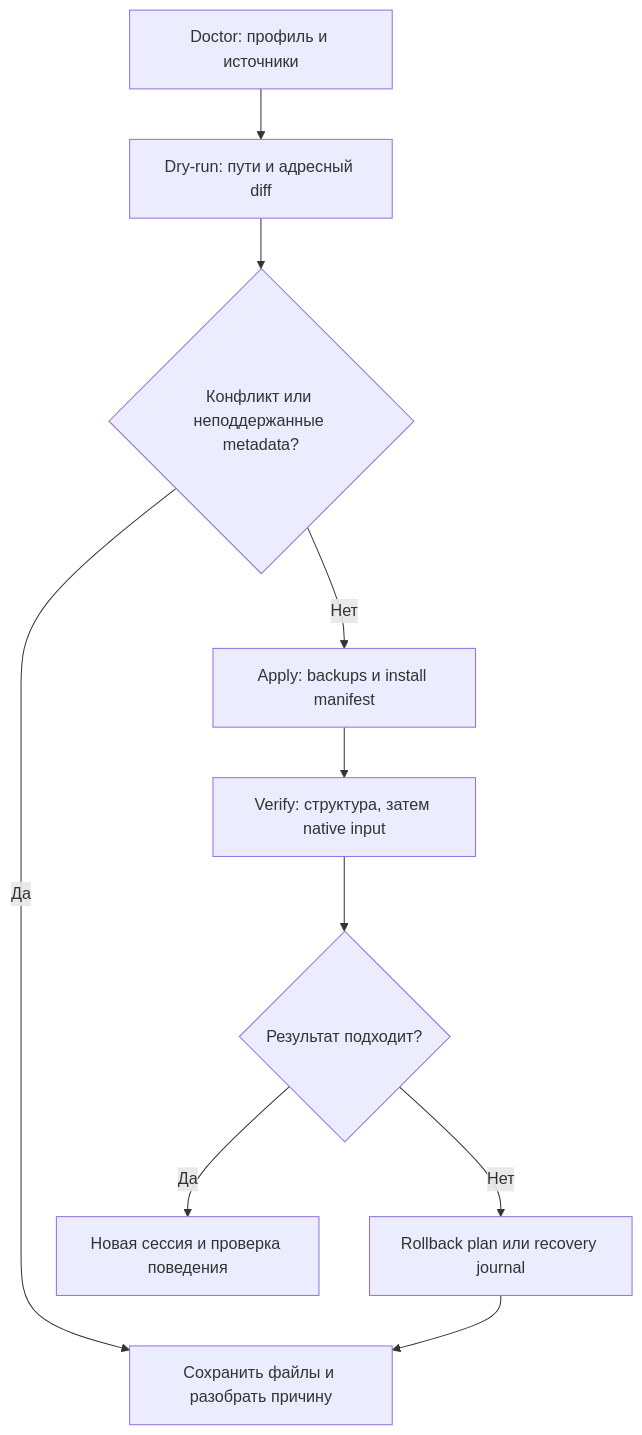
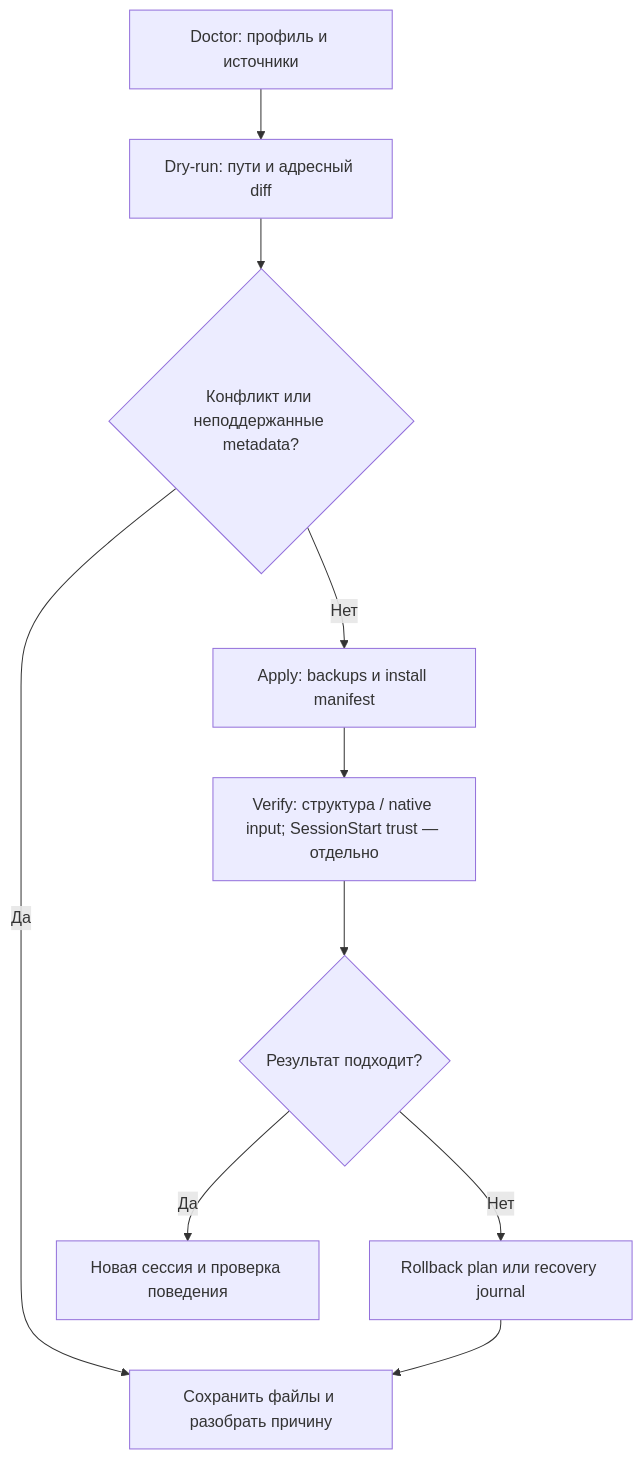
Before and after one commit to SUKUNA-AI/agent-harness: the diagram in SETUP_RU.md, drawn with Mermaid. The commit also changed other lines of this file and 62 other files, not shown here.

First line of the commit message:
docs: align all current guides and diagrams with Agent Harness 1.6.0

````diff
--- a/SETUP_RU.md
+++ b/SETUP_RU.md
@@ -361,12 +363,12 @@
 ```mermaid
 flowchart TD
     A["Doctor: профиль и источники"] --> B["Dry-run: пути и адресный diff"]
     B --> C{"Конфликт или неподдержанные metadata?"}
     C -->|"Да"| D["Сохранить файлы и разобрать причину"]
     C -->|"Нет"| E["Apply: backups и install manifest"]
-    E --> F["Verify: структура, затем native input"]
+    E --> F["Verify: структура / native input; SessionStart trust — отдельно"]
     F --> G{"Результат подходит?"}
     G -->|"Да"| H["Новая сессия и проверка поведения"]
     G -->|"Нет"| I["Rollback plan или recovery journal"]
     I --> D
 ```
````
